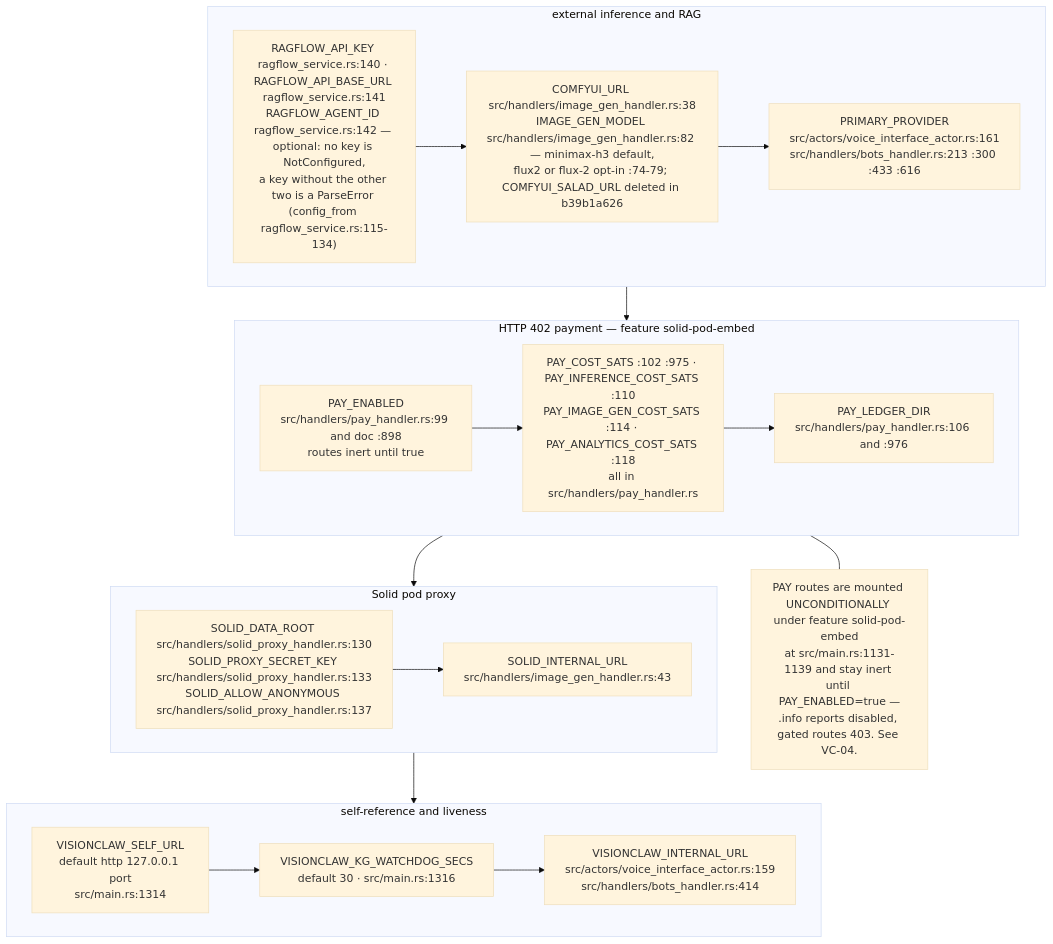
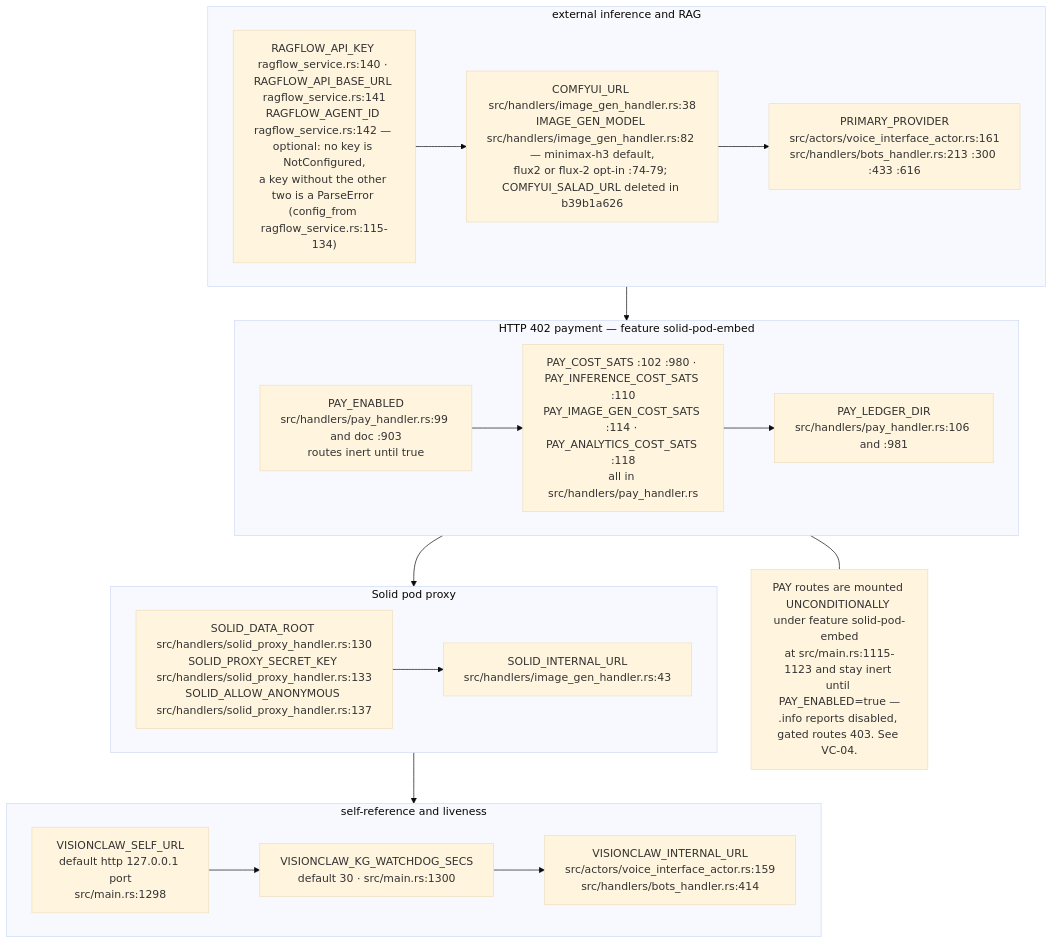
Diagram 13 of 16 in docs/diagrams/visionclaw/09-config-and-env-flags.md (DreamLab-AI/VisionFlow), drawn with Mermaid (base theme) before and after one commit. The commit also changed other lines of this file and 7 other files, not shown here.

First line of the commit message:
diagrams(visionclaw): re-verify VC-09..VC-16 at visionclaw 4900ec60

````diff
--- a/docs/diagrams/visionclaw/09-config-and-env-flags.md
+++ b/docs/diagrams/visionclaw/09-config-and-env-flags.md
@@ -516,18 +518,18 @@
 ```mermaid
 flowchart TB
     subgraph EXT["external inference and RAG"]
         X1["RAGFLOW_API_KEY ragflow_service.rs:140 · RAGFLOW_API_BASE_URL ragflow_service.rs:141<br/>RAGFLOW_AGENT_ID ragflow_service.rs:142 — optional: no key is NotConfigured,<br/>a key without the other two is a ParseError (config_from ragflow_service.rs:115-134)"] --> X2["COMFYUI_URL src/handlers/image_gen_handler.rs:38<br/>IMAGE_GEN_MODEL src/handlers/image_gen_handler.rs:82 — minimax-h3 default,<br/>flux2 or flux-2 opt-in :74-79; COMFYUI_SALAD_URL deleted in b39b1a626"] --> X3["PRIMARY_PROVIDER<br/>src/actors/voice_interface_actor.rs:161<br/>src/handlers/bots_handler.rs:213 :300 :433 :616"]
     end
     subgraph PAY["HTTP 402 payment — feature solid-pod-embed"]
-        P1["PAY_ENABLED<br/>src/handlers/pay_handler.rs:99 and doc :898<br/>routes inert until true"] --> P2["PAY_COST_SATS :102 :975 · PAY_INFERENCE_COST_SATS :110<br/>PAY_IMAGE_GEN_COST_SATS :114 · PAY_ANALYTICS_COST_SATS :118<br/>all in src/handlers/pay_handler.rs"] --> P3["PAY_LEDGER_DIR<br/>src/handlers/pay_handler.rs:106 and :976"]
+        P1["PAY_ENABLED<br/>src/handlers/pay_handler.rs:99 and doc :903<br/>routes inert until true"] --> P2["PAY_COST_SATS :102 :980 · PAY_INFERENCE_COST_SATS :110<br/>PAY_IMAGE_GEN_COST_SATS :114 · PAY_ANALYTICS_COST_SATS :118<br/>all in src/handlers/pay_handler.rs"] --> P3["PAY_LEDGER_DIR<br/>src/handlers/pay_handler.rs:106 and :981"]
     end
     subgraph SOLID["Solid pod proxy"]
         O1["SOLID_DATA_ROOT src/handlers/solid_proxy_handler.rs:130<br/>SOLID_PROXY_SECRET_KEY src/handlers/solid_proxy_handler.rs:133<br/>SOLID_ALLOW_ANONYMOUS src/handlers/solid_proxy_handler.rs:137"] --> O2["SOLID_INTERNAL_URL<br/>src/handlers/image_gen_handler.rs:43"]
     end
     subgraph SELF["self-reference and liveness"]
-        F1["VISIONCLAW_SELF_URL<br/>default http 127.0.0.1 port<br/>src/main.rs:1314"] --> F2["VISIONCLAW_KG_WATCHDOG_SECS<br/>default 30 · src/main.rs:1316"] --> F3["VISIONCLAW_INTERNAL_URL<br/>src/actors/voice_interface_actor.rs:159<br/>src/handlers/bots_handler.rs:414"]
+        F1["VISIONCLAW_SELF_URL<br/>default http 127.0.0.1 port<br/>src/main.rs:1298"] --> F2["VISIONCLAW_KG_WATCHDOG_SECS<br/>default 30 · src/main.rs:1300"] --> F3["VISIONCLAW_INTERNAL_URL<br/>src/actors/voice_interface_actor.rs:159<br/>src/handlers/bots_handler.rs:414"]
     end
     EXT --> PAY --> SOLID --> SELF
-    N5["PAY routes are mounted UNCONDITIONALLY under feature solid-pod-embed<br/>at src/main.rs:1131-1139 and stay inert until PAY_ENABLED=true —<br/>.info reports disabled, gated routes 403. See VC-04."]
+    N5["PAY routes are mounted UNCONDITIONALLY under feature solid-pod-embed<br/>at src/main.rs:1115-1123 and stay inert until PAY_ENABLED=true —<br/>.info reports disabled, gated routes 403. See VC-04."]
     PAY --- N5
 ```
````
